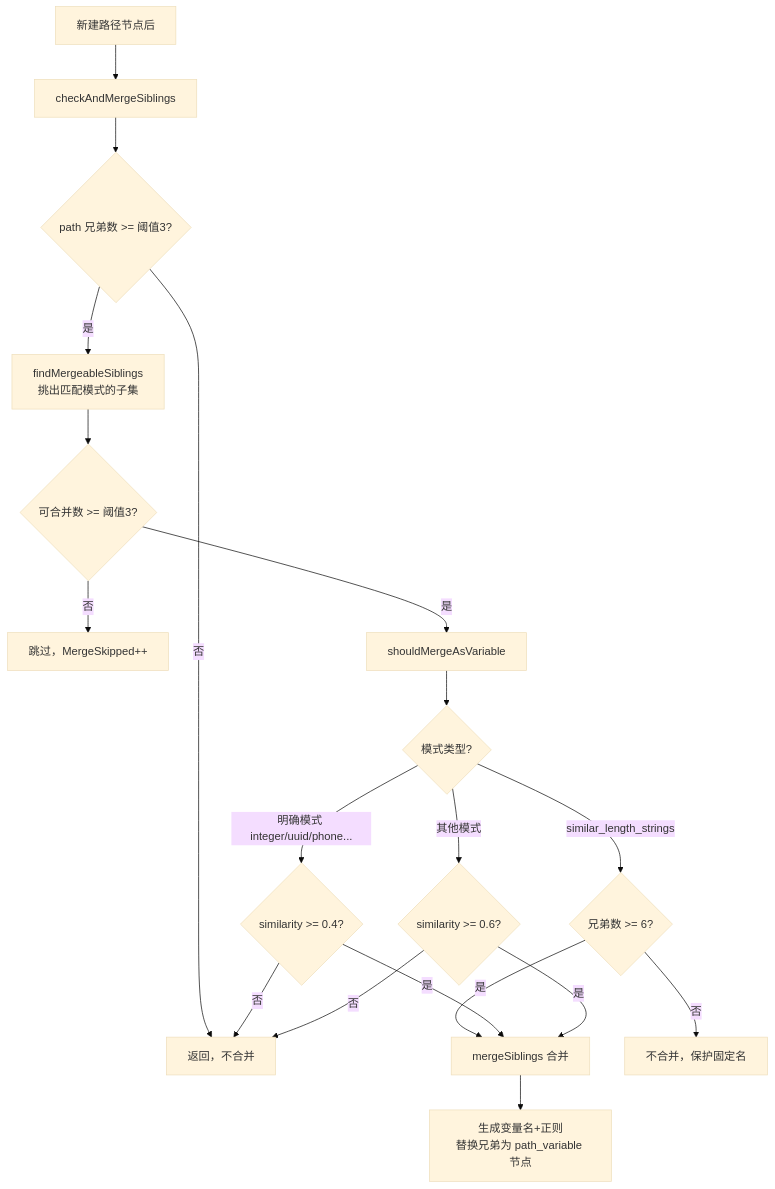
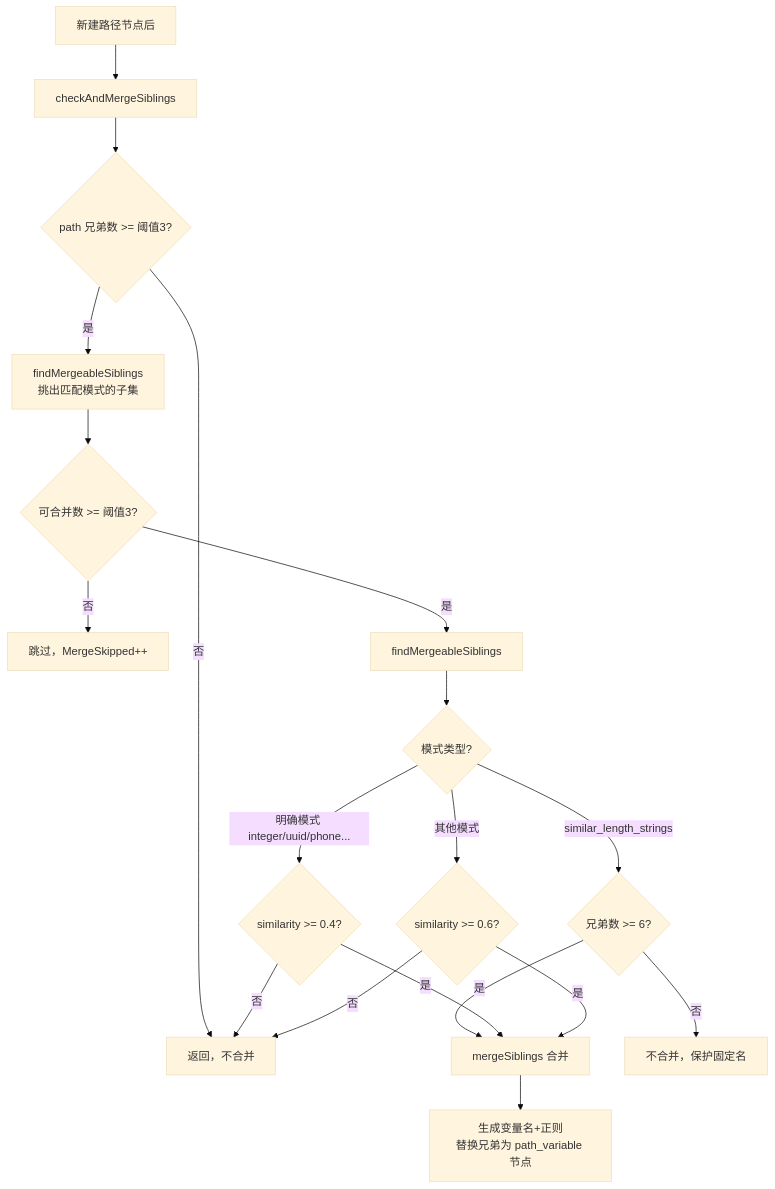
One commit to cyberspacesec/reverse-router-tree-skills changed the third of 4 diagrams in website/docs/features/reverse-flow.md. Above: the diagram before and after it, drawn with Mermaid (base theme). The commit also changed other lines of this file and 18 other files, not shown here.

````diff
--- a/website/docs/features/reverse-flow.md
+++ b/website/docs/features/reverse-flow.md
@@ -166,21 +166,21 @@
 ```mermaid
 flowchart TD
     A[新建路径节点后] --> B[checkAndMergeSiblings]
     B --> C{path 兄弟数 >= 阈值3?}
     C -- 否 --> Z[返回，不合并]
     C -- 是 --> D[findMergeableSiblings<br/>挑出匹配模式的子集]
     D --> E{可合并数 >= 阈值3?}
     E -- 否 --> Z2[跳过，MergeSkipped++]
-    E -- 是 --> F[shouldMergeAsVariable]
+    E -- 是 --> F[findMergeableSiblings]
     F --> G{模式类型?}
     G -->|similar_length_strings| H{兄弟数 >= 6?}
     H -- 是 --> M[mergeSiblings 合并]
     H -- 否 --> Z3[不合并，保护固定名]
     G -->|明确模式 integer/uuid/phone...| I{similarity >= 0.4?}
     I -- 是 --> M
     G -->|其他模式| J{similarity >= 0.6?}
     J -- 是 --> M
     I -- 否 --> Z
     J -- 否 --> Z
     M --> K[生成变量名+正则<br/>替换兄弟为 path_variable 节点]
 ```
````
